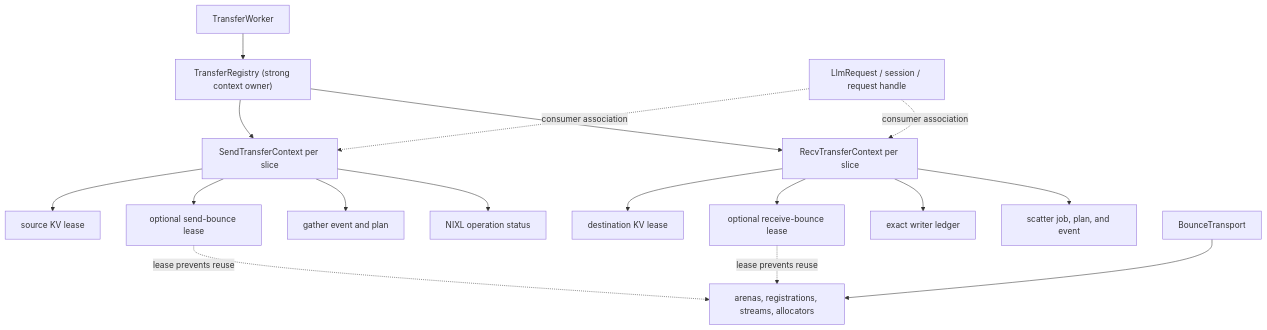
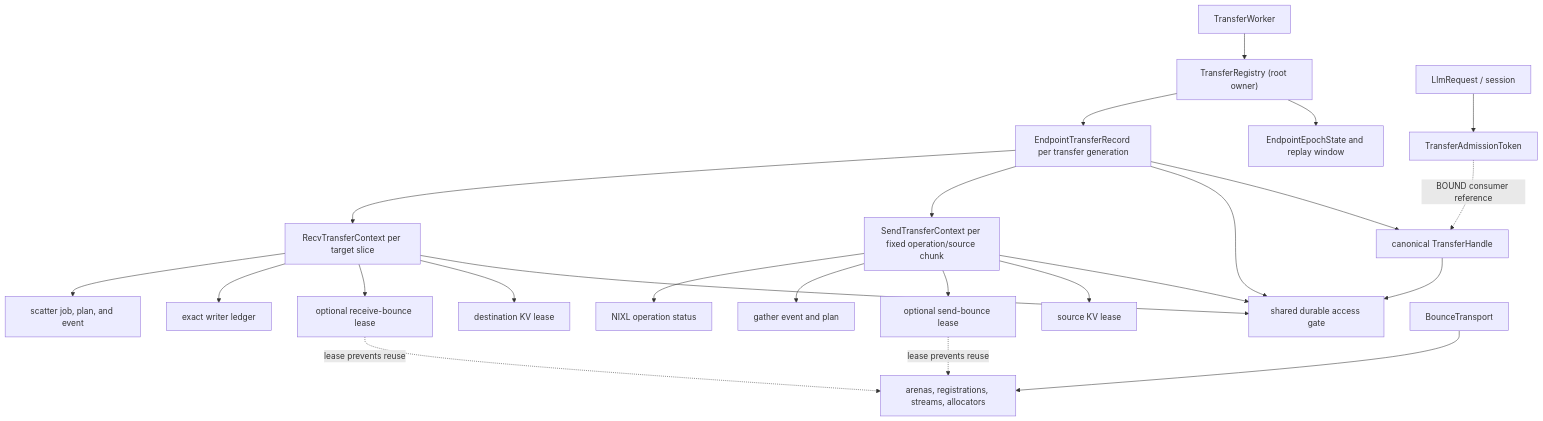
Before and after one commit to NVIDIA/TensorRT-LLM: the diagram in docs/design/disagg-kv-transfer-ownership/README.md, drawn with Mermaid. The commit also changed other lines of this file and 2 other files, not shown here.

Commit message:
[None][docs] harden KV transfer ownership contract

````diff
--- a/docs/design/disagg-kv-transfer-ownership/README.md
+++ b/docs/design/disagg-kv-transfer-ownership/README.md
@@ -361,19 +648,26 @@
 ```mermaid
 flowchart TB
-    TW["TransferWorker"] --> TR["TransferRegistry (strong context owner)"]
-    TR --> SC["SendTransferContext per slice"]
-    TR --> RC["RecvTransferContext per slice"]
-    RH["LlmRequest / session / request handle"] -. "consumer association" .-> SC
-    RH -. "consumer association" .-> RC
+    TW["TransferWorker"] --> TR["TransferRegistry (root owner)"]
+    TR --> ES["EndpointEpochState and replay window"]
+    TR --> ER["EndpointTransferRecord per transfer generation"]
+    ER --> TH["canonical TransferHandle"]
+    ER --> TG["shared durable access gate"]
+    ER --> SC["SendTransferContext per fixed operation/source chunk"]
+    ER --> RC["RecvTransferContext per target slice"]
+    RH["LlmRequest / session"] --> AT["TransferAdmissionToken"]
+    AT -. "BOUND consumer reference" .-> TH
+    SC --> TG
+    RC --> TG
+    TH --> TG
     SC --> SKV["source KV lease"]
     SC --> SB["optional send-bounce lease"]
     SC --> GE["gather event and plan"]
     SC --> NS["NIXL operation status"]
     RC --> DKV["destination KV lease"]
     RC --> RB["optional receive-bounce lease"]
     RC --> WL["exact writer ledger"]
     RC --> SE["scatter job, plan, and event"]
     BT["BounceTransport"] --> BA["arenas, registrations, streams, allocators"]
     SB -. "lease prevents reuse" .-> BA
     RB -. "lease prevents reuse" .-> BA
 ```
````
